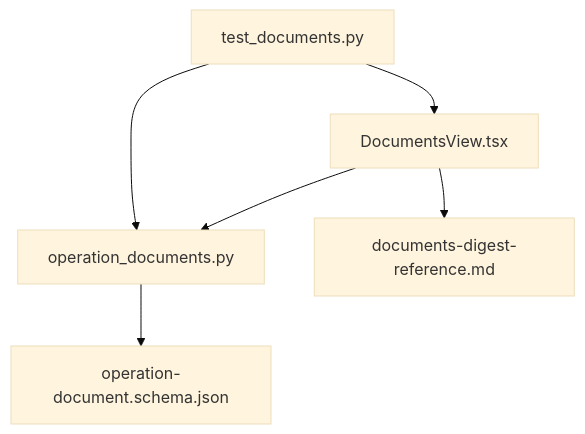
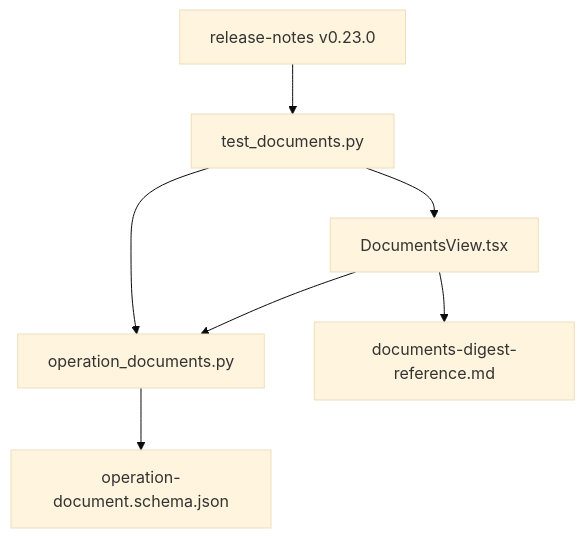
The seventh of 7 diagrams in .qoder/repowiki/en/content/Architecture Documentation/SPEC-041_ Documents Readability and Digest Reference.md (metasync/luban-aiops), drawn with Mermaid (base theme) before and after one commit. The commit also changed other lines of this file and 4 other files, not shown here.

````diff
--- a/.qoder/repowiki/en/content/Architecture Documentation/SPEC-041_ Documents Readability and Digest Reference.md
+++ b/.qoder/repowiki/en/content/Architecture Documentation/SPEC-041_ Documents Readability and Digest Reference.md
@@ -233,13 +238,15 @@
 ```mermaid
 graph TB
 S["operation-document.schema.json"]
 A["operation_documents.py"]
 P["DocumentsView.tsx"]
 T["test_documents.py"]
 R["documents-digest-reference.md"]
+RN["release-notes v0.23.0"]
 T --> A
 T --> P
 A --> S
 P --> A
 P --> R
+RN --> T
 ```
````
